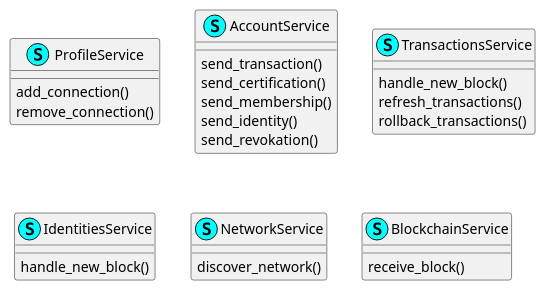
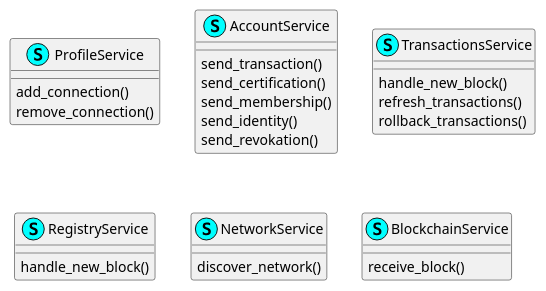
One commit to duniter/sakia changed the diagram in doc/uml/services.pu. Above: the diagram before and after it, drawn with PlantUML. The commit also changed 2 other files, not shown here.

Commit message:
IdentitiesService -> RegistryService

```diff
--- a/doc/uml/services.pu
+++ b/doc/uml/services.pu
@@ -1,36 +1,36 @@
 @startuml
 
 
 
 class ProfileService << (S,cyan) >>  {
     add_connection()
     remove_connection()
 }
 
 class AccountService << (S,cyan) >>  {
     send_transaction()
     send_certification()
     send_membership()
     send_identity()
     send_revokation()
 }
 
 class TransactionsService << (S,cyan) >>  {
     handle_new_block()
     refresh_transactions()
     rollback_transactions()
 }
 
-class IdentitiesService << (S,cyan) >> {
+class RegistryService << (S,cyan) >> {
     handle_new_block()
 }
 
 class NetworkService << (S,cyan) >>  {
     discover_network()
 }
 
 class BlockchainService  << (S,cyan) >>  {
     receive_block()
 }
 
 @enduml
```
